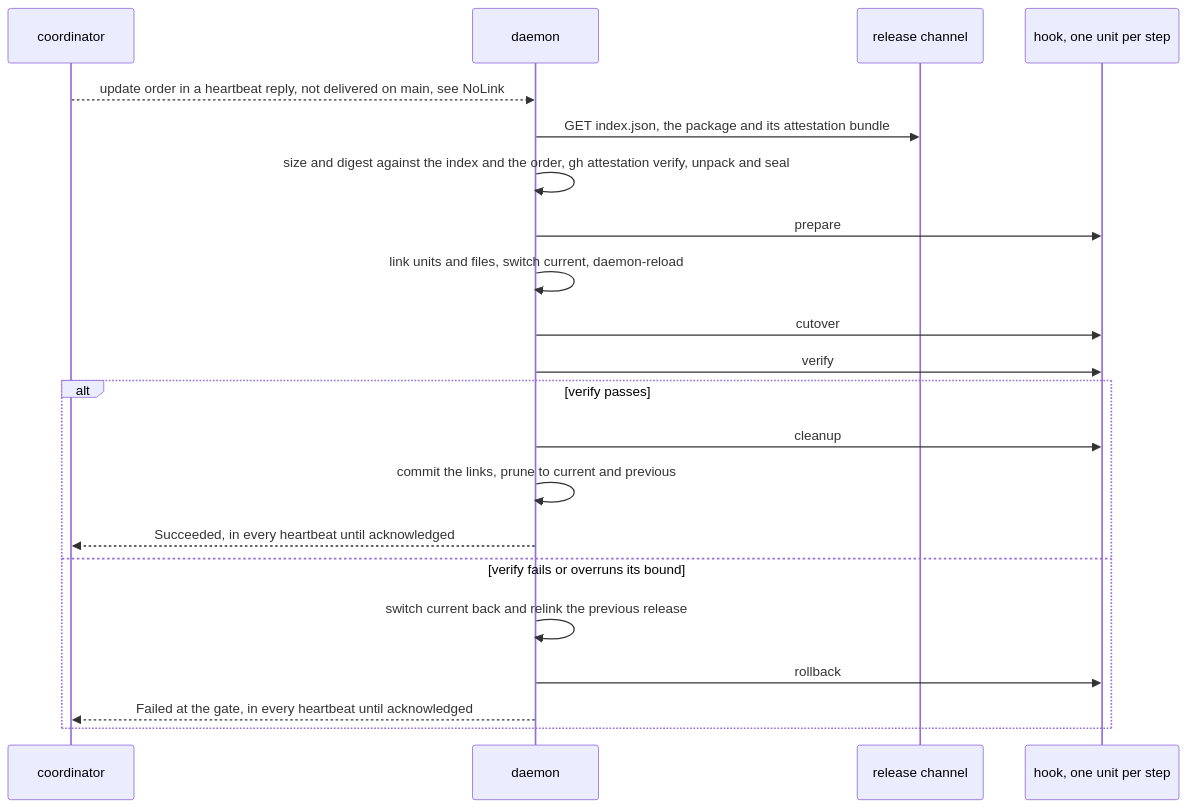
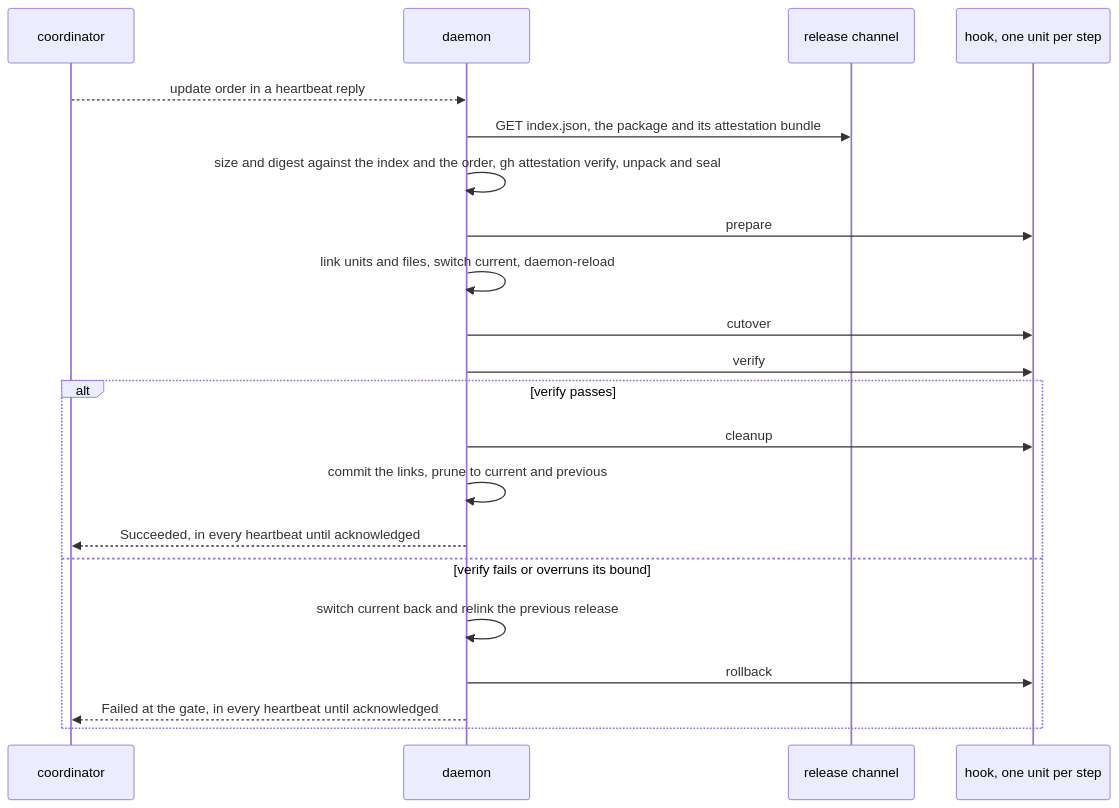
Before and after one commit to komira-ai/hostkeeper: the third of 3 diagrams in docs/report/hostkeeper.md, drawn with Mermaid. The commit also changed other lines of this file and 7 other files, not shown here.

````diff
--- a/docs/report/hostkeeper.md
+++ b/docs/report/hostkeeper.md
@@ -524,24 +523,24 @@
 ```mermaid
 sequenceDiagram
   %% update
   participant C as coordinator
   participant D as daemon
   participant R as release channel
   participant H as hook, one unit per step
-  C-->>D: update order in a heartbeat reply, not delivered on main, see NoLink
+  C-->>D: update order in a heartbeat reply
   D->>R: GET index.json, the package and its attestation bundle
   D->>D: size and digest against the index and the order, gh attestation verify, unpack and seal
   D->>H: prepare
   D->>D: link units and files, switch current, daemon-reload
   D->>H: cutover
   D->>H: verify
   alt verify passes
     D->>H: cleanup
     D->>D: commit the links, prune to current and previous
     D-->>C: Succeeded, in every heartbeat until acknowledged
   else verify fails or overruns its bound
     D->>D: switch current back and relink the previous release
     D->>H: rollback
     D-->>C: Failed at the gate, in every heartbeat until acknowledged
   end
 ```
````
